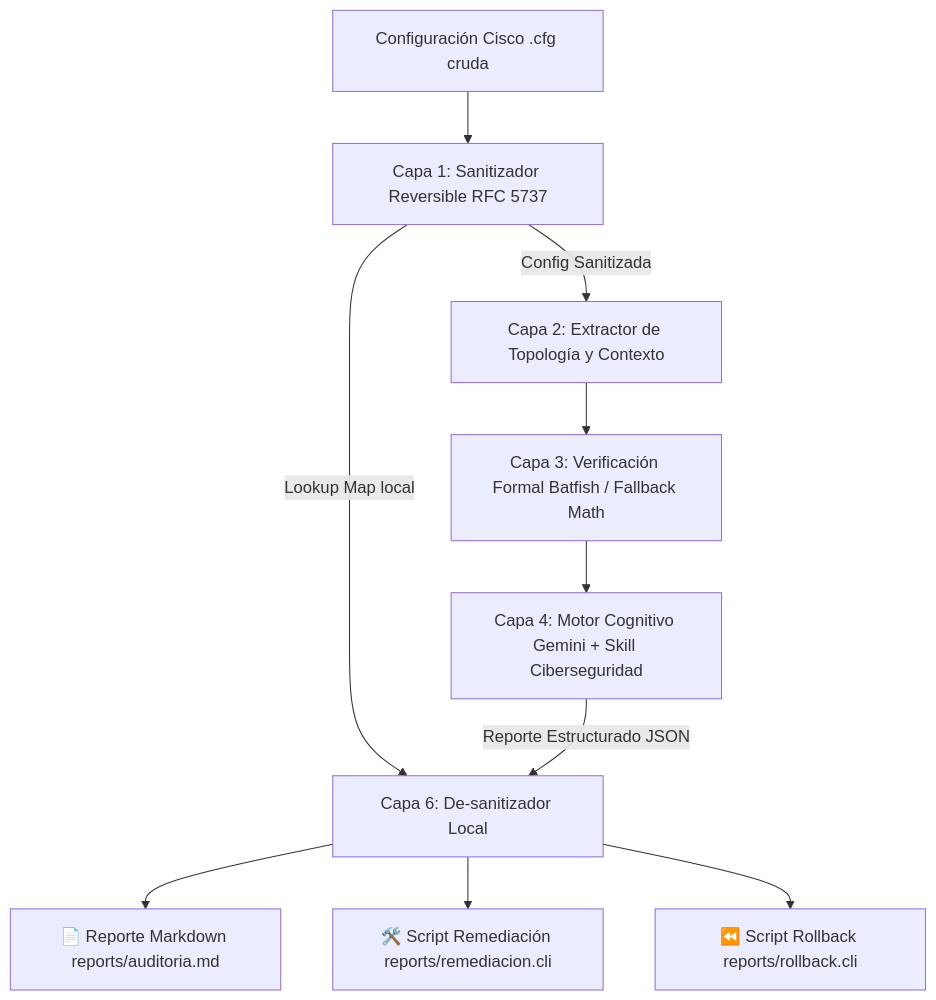
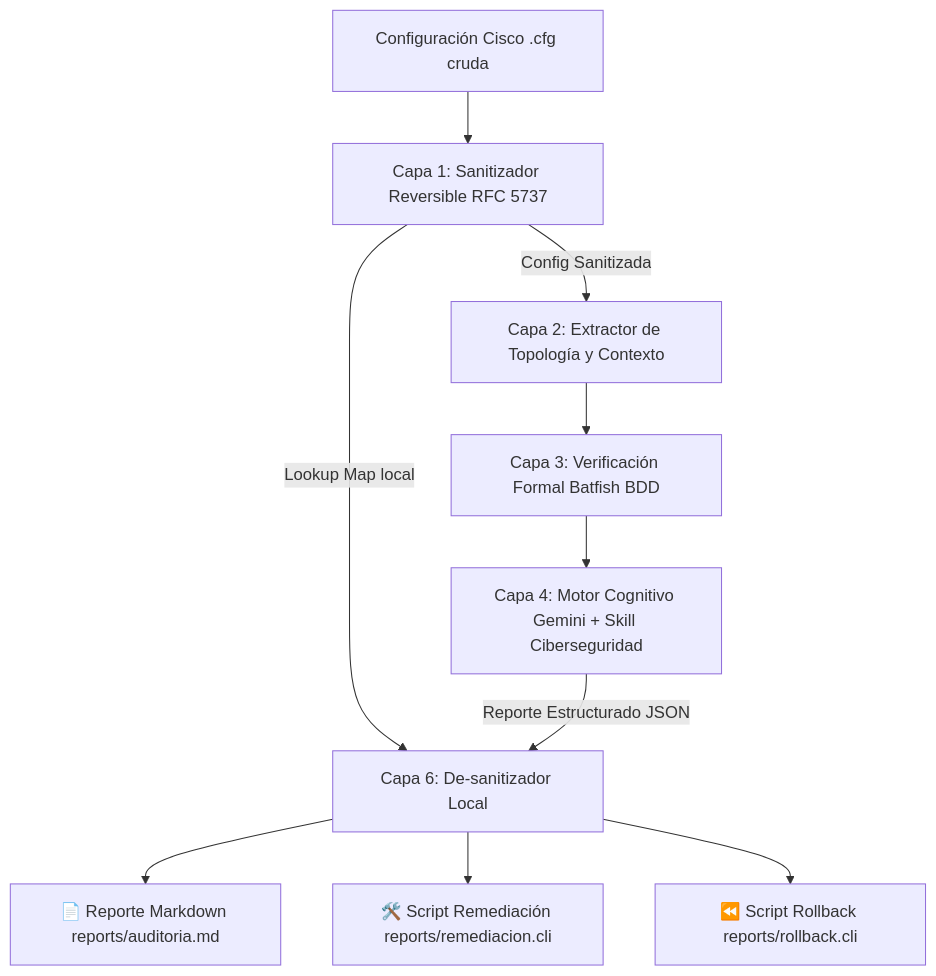
Before and after one commit to LabordaSebastian/Auditor_Firewall_IA: the diagram in README.md, drawn with Mermaid. The commit also changed other lines of this file and 11 other files, not shown here.

First line of the commit message:
refactor(analyzer): remover fallback local y establecer Batfish como motor formal exclusivo

````diff
--- a/README.md
+++ b/README.md
@@ -25,12 +25,12 @@
 ```mermaid
 graph TD
     A[Configuración Cisco .cfg cruda] --> B[Capa 1: Sanitizador Reversible RFC 5737]
     B -->|Config Sanitizada| C[Capa 2: Extractor de Topología y Contexto]
     B -->|Lookup Map local| H[Capa 6: De-sanitizador Local]
-    C --> D[Capa 3: Verificación Formal Batfish / Fallback Math]
+    C --> D[Capa 3: Verificación Formal Batfish BDD]
     D --> E[Capa 4: Motor Cognitivo Gemini + Skill Ciberseguridad]
     E -->|Reporte Estructurado JSON| H
     H --> I[📄 Reporte Markdown reports/auditoria.md]
     H --> J[🛠️ Script Remediación reports/remediacion.cli]
     H --> K[⏪ Script Rollback reports/rollback.cli]
 ```
````
